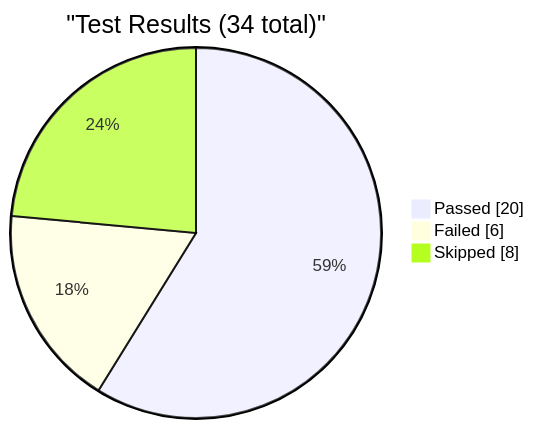
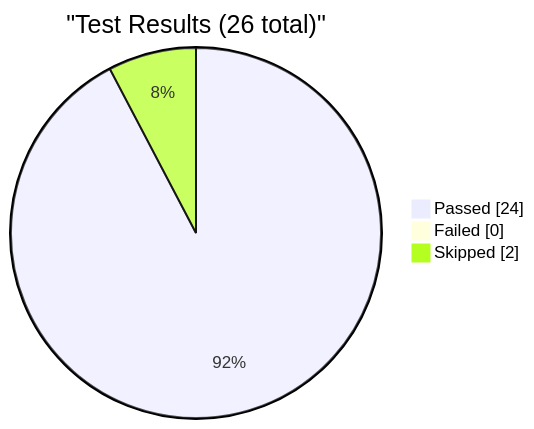
One commit to EliteaAI/onetest-ai-tm-Elitea changed the first of 4 diagrams in reports/dashboard.md. Above: the diagram before and after it, drawn with Mermaid. The commit also changed other lines of this file and 1 other file, not shown here.

Commit message:
dashboard: update test metrics for RUN-ELITEA-2026-09-19-187-DEV-STABLE-SMOKE-ARTIFACTS-SCHEDULED-AMBER

````diff
--- a/reports/dashboard.md
+++ b/reports/dashboard.md
@@ -9,7 +9,7 @@
 ```mermaid
 pie showData
-    title "Test Results (34 total)"
-    "Passed" : 20
-    "Failed" : 6
-    "Skipped" : 8
+    title "Test Results (26 total)"
+    "Passed" : 24
+    "Failed" : 0
+    "Skipped" : 2
 ```
````
